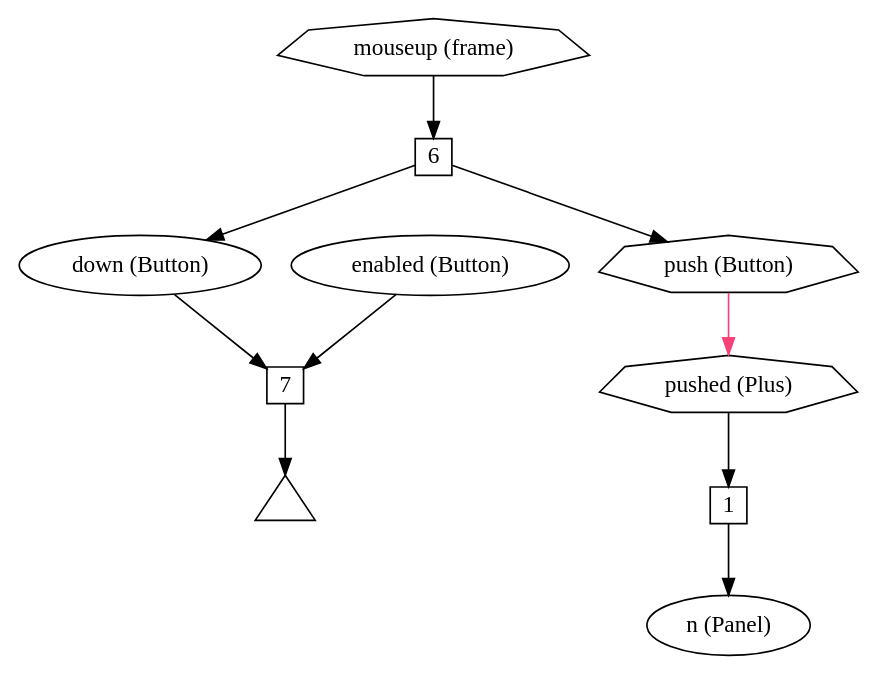
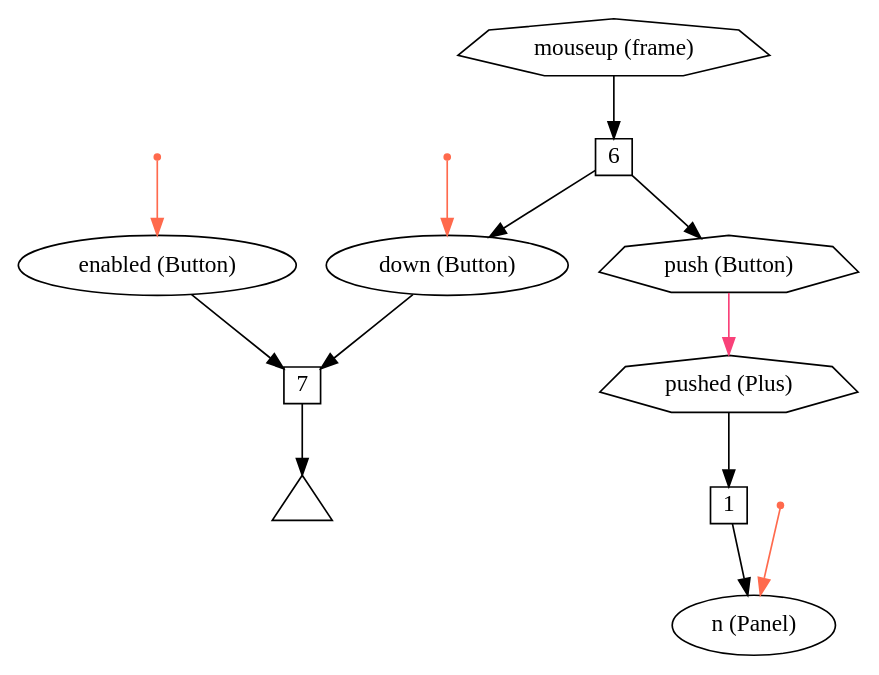
The diagram in spec/fig/graph-watch-671.gv (bendr/bender), drawn with Graphviz before and after one commit. The commit also changed 12 other files, not shown here.

```diff
--- a/spec/fig/graph-watch-671.gv
+++ b/spec/fig/graph-watch-671.gv
@@ -1,28 +1,35 @@
 digraph bender {
   node [fontname="Avenir Next"];
   edge [fontname="Avenir Next"];
 
   mouseup [label="mouseup (frame)", shape=septagon];
   down [label="down (Button)"];
   enabled [label="enabled (Button)"];
   pushed [label="push (Button)", shape=septagon];
   w6 [label="6", shape=square, fixedsize=true, width=0.3];
   mouseup -> w6;
   w6 -> down;
   w6 -> pushed;
 
   w7 [label="7", shape=square, fixedsize=true, width=0.3];
   t [label="", shape=triangle, fixedsize=true, width=0.5];
   down -> w7;
   enabled -> w7;
   w7 -> t;
 
   ppushed [label="pushed (Plus)", shape=septagon];
   w1 [label="1", shape=square, fixedsize=true, width=0.3];
   ppushed -> w1;
   w1 -> n;
 
   n [label="n (Panel)"];
   pushed -> ppushed [color="#f94179"];
+
+  init_down [shape=point, label="", color="#ff6a4d"]
+  init_down -> down [color="#ff6a4d"];
+  init_enabled [shape=point, label="", color="#ff6a4d"]
+  init_enabled -> enabled [color="#ff6a4d"];
+  init_n [shape=point, label="", color="#ff6a4d"]
+  init_n -> n [color="#ff6a4d"];
   
 }
```
